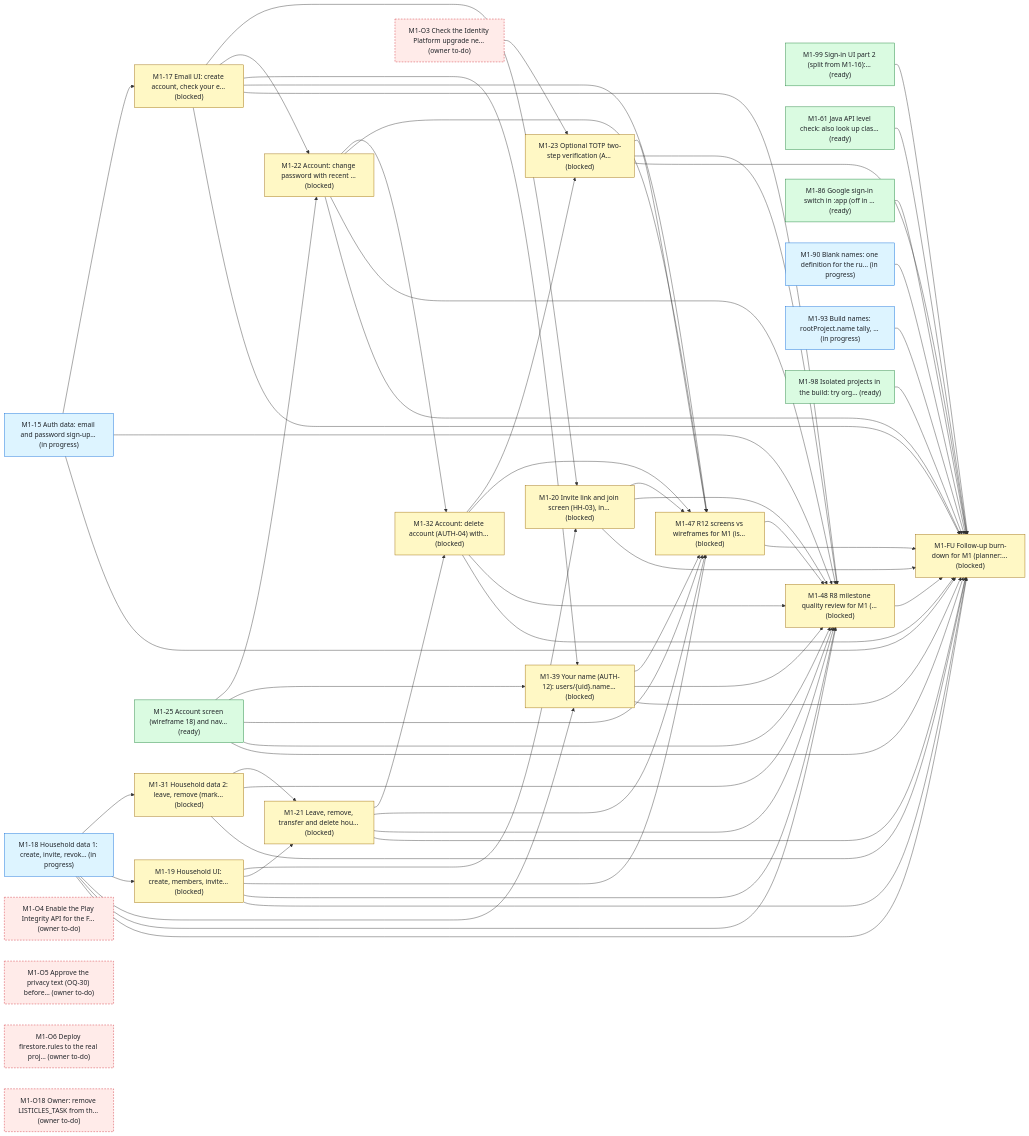
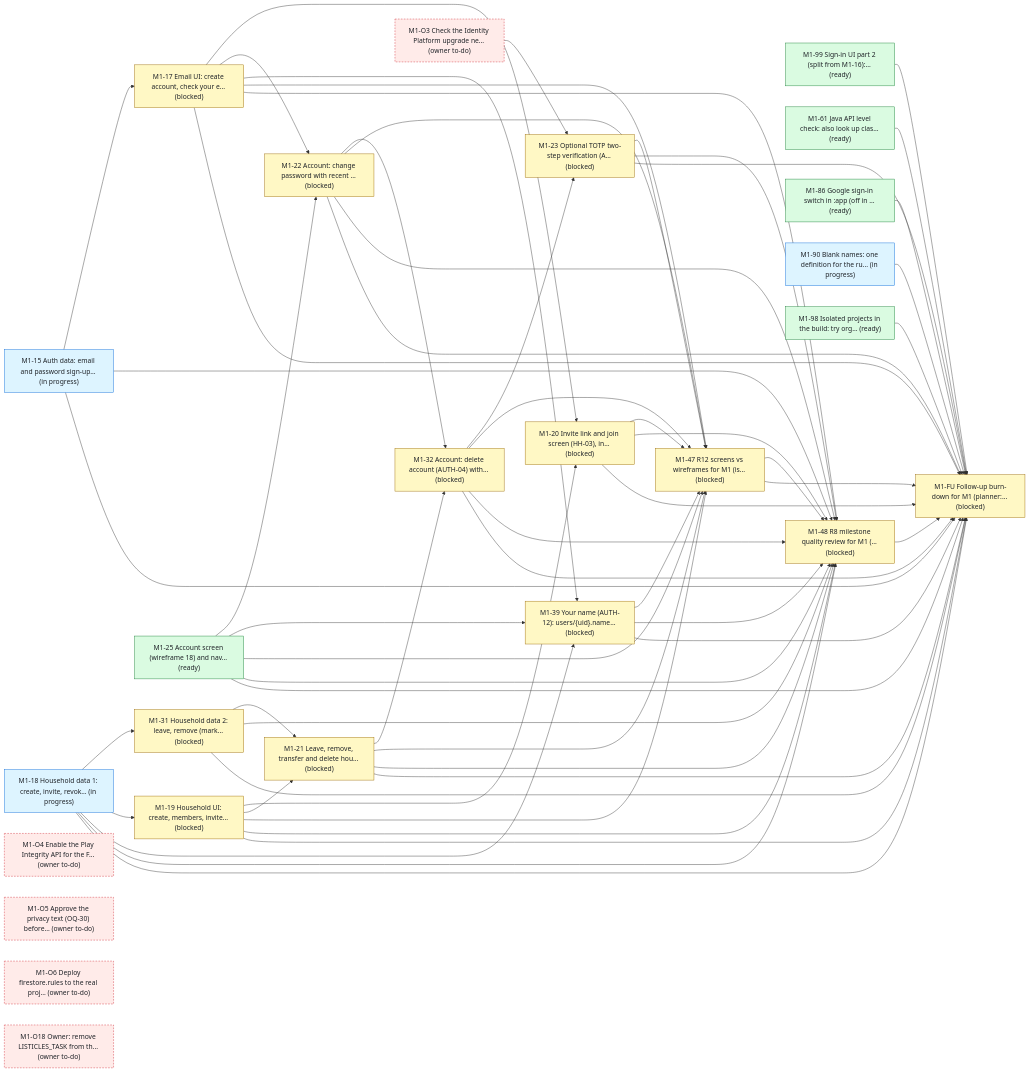
One commit to bondo/listicles2 changed the first of 4 diagrams in status.md. Above: the diagram before and after it, drawn with Mermaid. The commit also changed other lines of this file and 3 other files, not shown here.

```diff
--- a/status.md
+++ b/status.md
@@ -266,9 +266,8 @@
     n20["M1-O6 Deploy firestore.rules to the real proj… (owner to-do)"]:::owner
     n21["M1-86 Google sign-in switch in :app (off in … (ready)"]:::ready
     n22["M1-90 Blank names: one definition for the ru… (in progress)"]:::progress
-    n23["M1-93 Build names: rootProject.name tally, … (in progress)"]:::progress
-    n24["M1-98 Isolated projects in the build: try org… (ready)"]:::ready
-    n25["M1-O18 Owner: remove LISTICLES_TASK from th… (owner to-do)"]:::owner
+    n23["M1-98 Isolated projects in the build: try org… (ready)"]:::ready
+    n24["M1-O18 Owner: remove LISTICLES_TASK from th… (owner to-do)"]:::owner
     n0 --> n2
     n3 --> n4
     n3 --> n5
@@ -309,7 +308,6 @@
     n14 --> n15
     n22 --> n16
     n23 --> n16
-    n24 --> n16
     n1 --> n16
     n0 --> n16
     n2 --> n16
```
